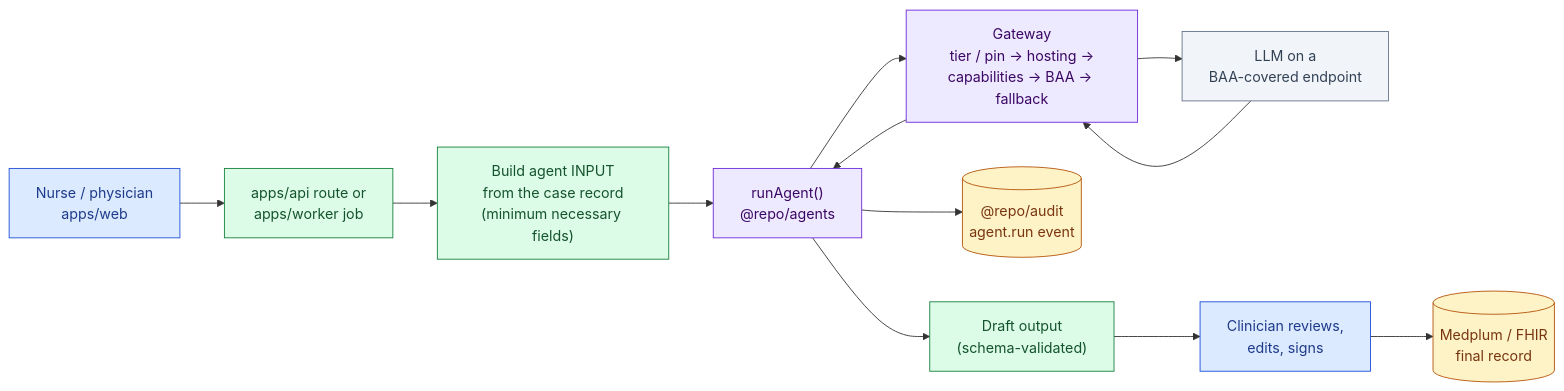
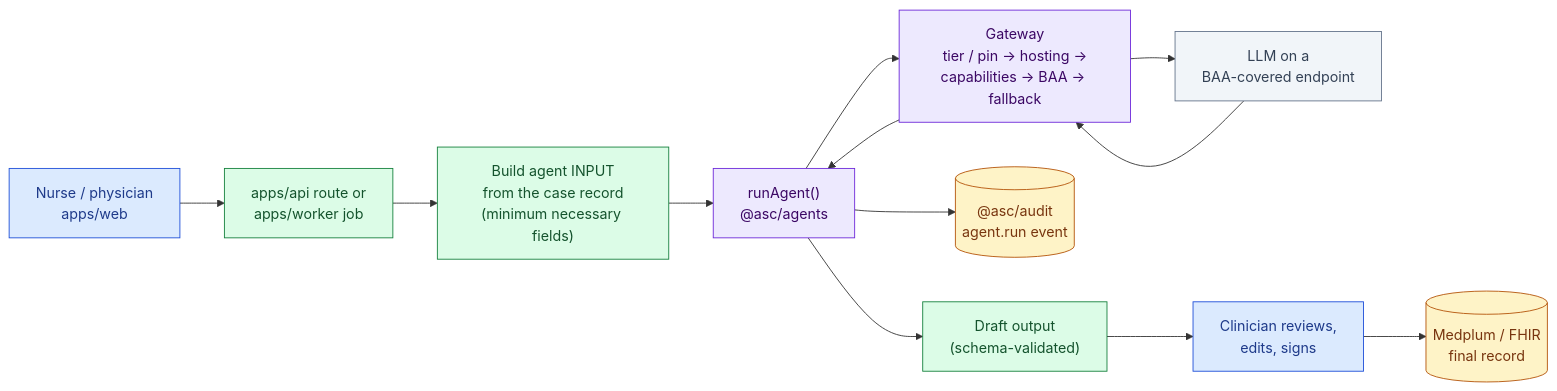
The first of 5 diagrams in docs/agent/ai-agents-guide.md (imRahul05/ASC-EHR), drawn with Mermaid before and after one commit. The commit also changed other lines of this file and 88 other files, not shown here.

First line of the commit message:
chore: rename internal package scope @repo/* -> @asc/*

````diff
--- a/docs/agent/ai-agents-guide.md
+++ b/docs/agent/ai-agents-guide.md
@@ -21,24 +21,24 @@
 ```mermaid
 flowchart LR
     classDef ui fill:#dbeafe,stroke:#1d4ed8,color:#1e3a8a
     classDef app fill:#dcfce7,stroke:#15803d,color:#14532d
     classDef agent fill:#ede9fe,stroke:#6d28d9,color:#3b0764
     classDef ext fill:#f1f5f9,stroke:#64748b,color:#334155
     classDef store fill:#fef3c7,stroke:#b45309,color:#78350f
 
     Nurse["Nurse / physician<br/>apps/web"]:::ui
     Route["apps/api route or<br/>apps/worker job"]:::app
     Facts["Build agent INPUT<br/>from the case record<br/>(minimum necessary fields)"]:::app
-    Run["runAgent()<br/>@repo/agents"]:::agent
+    Run["runAgent()<br/>@asc/agents"]:::agent
     GW["Gateway<br/>tier / pin → hosting →<br/>capabilities → BAA → fallback"]:::agent
     LLM["LLM on a<br/>BAA-covered endpoint"]:::ext
-    Audit[("@repo/audit<br/>agent.run event")]:::store
+    Audit[("@asc/audit<br/>agent.run event")]:::store
     Draft["Draft output<br/>(schema-validated)"]:::app
     Review["Clinician reviews,<br/>edits, signs"]:::ui
     FHIR[("Medplum / FHIR<br/>final record")]:::store
 
     Nurse --> Route --> Facts --> Run --> GW --> LLM
     LLM --> GW --> Run
     Run --> Audit
     Run --> Draft --> Review --> FHIR
 ```
````
